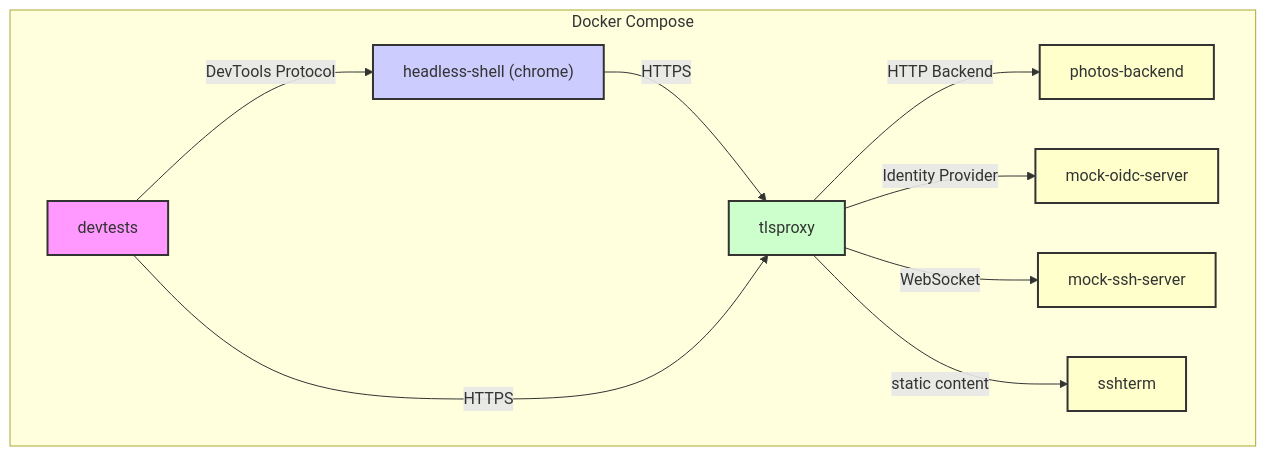
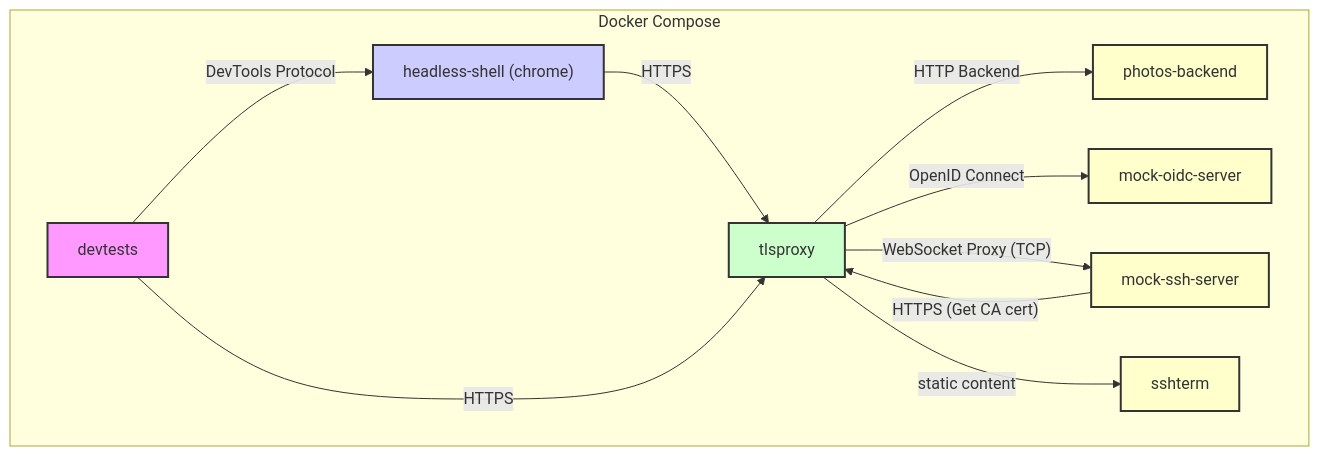
One commit to c2FmZQ/integration-tests changed the diagram in README.md. Above: the diagram before and after it, drawn with Mermaid.

Commit message:
Update README.md with OpenID Connect and WebSocket Proxy

````diff
--- a/README.md
+++ b/README.md
@@ -9,20 +9,21 @@
 ```mermaid
 graph TD
     subgraph "Docker Compose"
         A[devtests] -->|DevTools Protocol| B["headless-shell (chrome)"];
         B -->|HTTPS| C[tlsproxy];
         A -->|HTTPS| C;
         C -->|HTTP Backend| D[photos-backend];
-        C -->|Identity Provider| E[mock-oidc-server];
-        C -->|WebSocket| F[mock-ssh-server];
+        C -->|"OpenID Connect"| E[mock-oidc-server];
+        C -->|"WebSocket Proxy (TCP)"| F[mock-ssh-server];
+        F -->|"HTTPS (Get CA cert)"| C;
         C -->|static content| G[sshterm];
     end
 
     style A fill:#f9f,stroke:#333,stroke-width:2px
     style B fill:#ccf,stroke:#333,stroke-width:2px
     style C fill:#cfc,stroke:#333,stroke-width:2px
     style D fill:#ffc,stroke:#333,stroke-width:2px
     style E fill:#ffc,stroke:#333,stroke-width:2px
     style F fill:#ffc,stroke:#333,stroke-width:2px
     style G fill:#ffc,stroke:#333,stroke-width:2px
 ```
````
